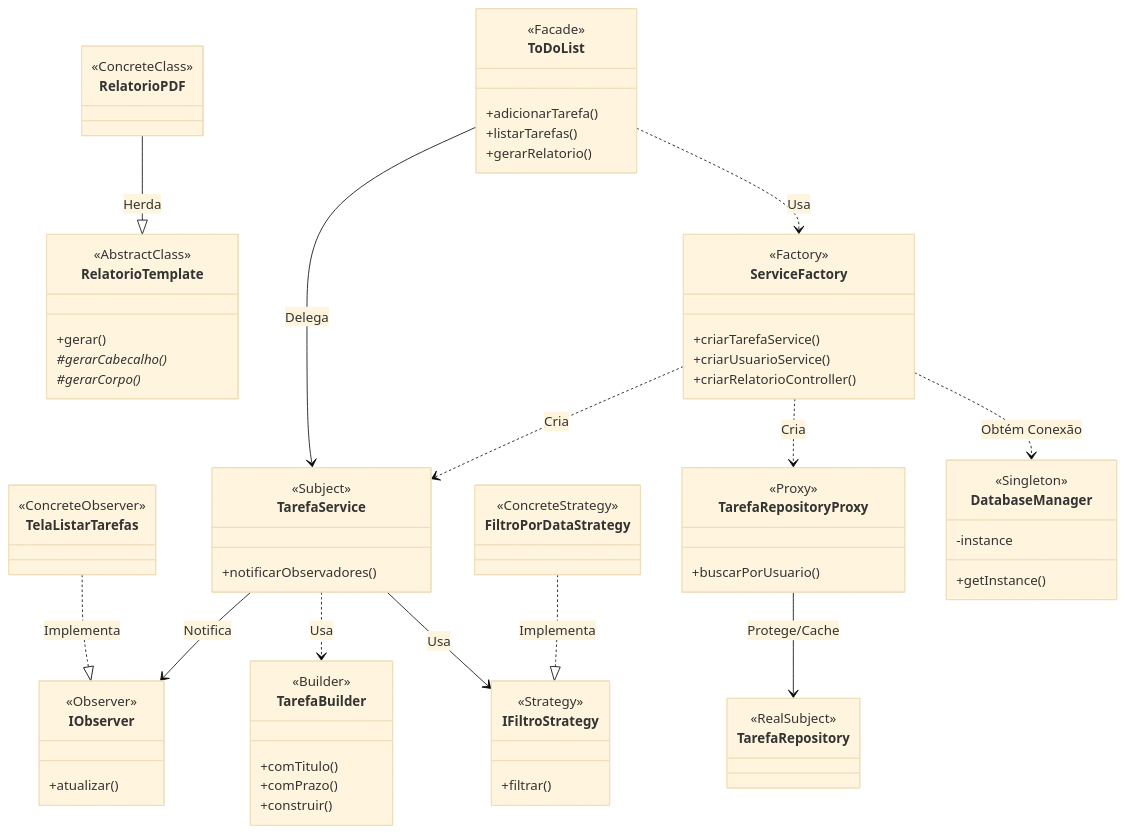
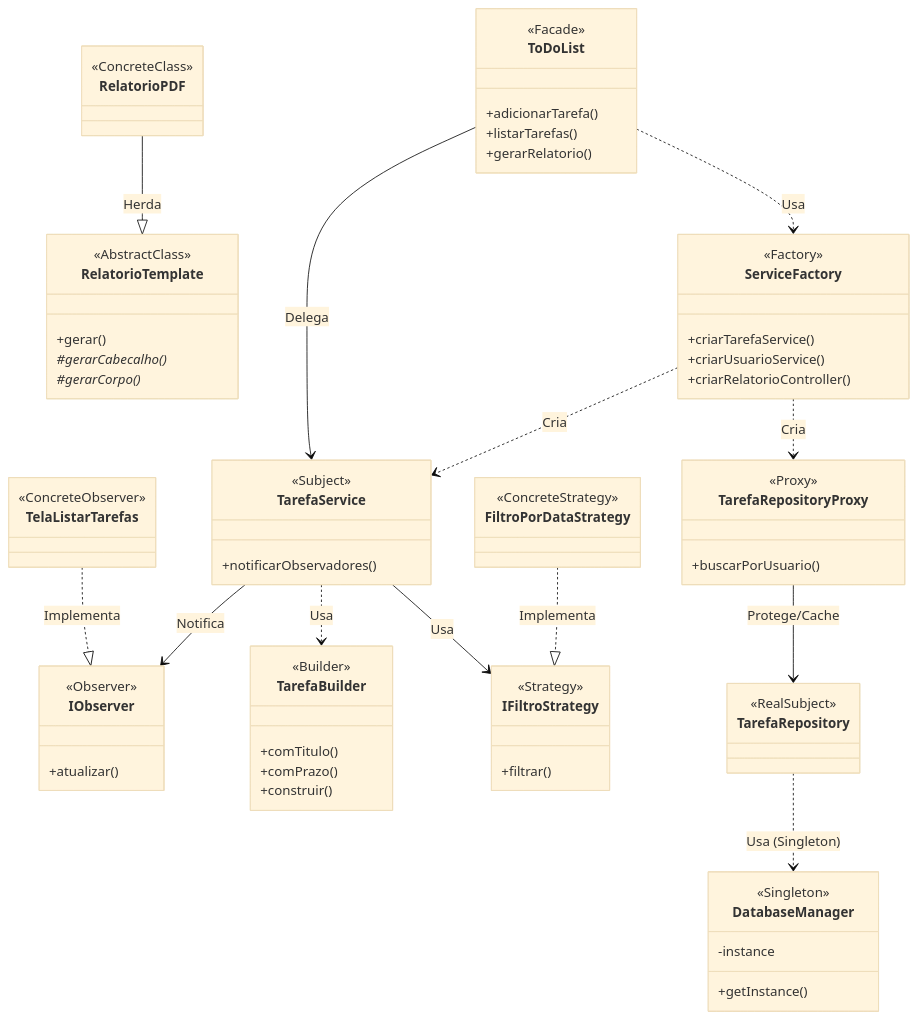
Before and after one commit to josephcavalcante/projeto-todolist: the diagram in docs/RELATORIO_PADROES.md, drawn with Mermaid (base theme). The commit also changed 2 other files, not shown here.

Commit message:
docs: atualiza README.md com nova stack e seção de design patterns
- Atualiza lista de tecnologias (Redis, Mongo, Postgres)

- Adiciona tabela de decisão de persistência poliglota

- Atualiza diagrama de classes no RELATORIO_PADROES.md

```diff
--- a/docs/RELATORIO_PADROES.md
+++ b/docs/RELATORIO_PADROES.md
@@ -85,10 +85,11 @@
     %% Relacionamentos
     ToDoList ..> ServiceFactory : Usa
     ToDoList --> TarefaService : Delega
-    ServiceFactory ..> DatabaseManager : Obtém Conexão
     ServiceFactory ..> TarefaRepositoryProxy : Cria
     ServiceFactory ..> TarefaService : Cria
     
+    TarefaRepository ..> DatabaseManager : Usa (Singleton)
+
     TarefaService --> IFiltroStrategy : Usa
     TarefaService ..> TarefaBuilder : Usa
     TarefaService --> IObserver : Notifica
```
